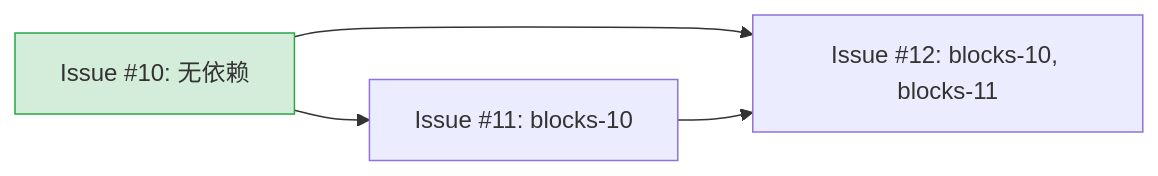
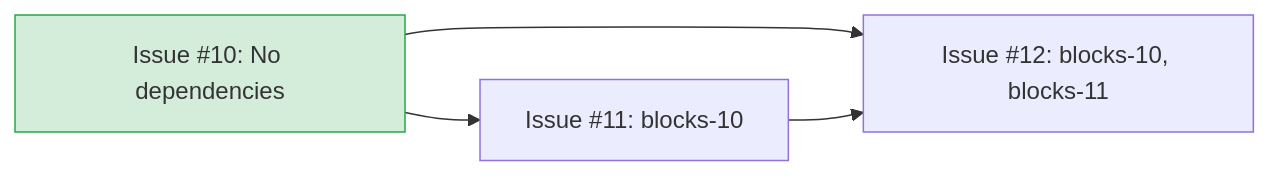
One commit to easyhaloo/afk changed the third of 9 diagrams in docs/WORKFLOWS.md. Above: the diagram before and after it, drawn with Mermaid. The commit also changed other lines of this file, not shown here.

````diff
--- a/docs/WORKFLOWS.md
+++ b/docs/WORKFLOWS.md
@@ -117,9 +117,9 @@
 ```mermaid
 graph LR
-    N10["Issue #10: 无依赖"] --> N11["Issue #11: blocks-10"]
+    N10["Issue #10: No dependencies"] --> N11["Issue #11: blocks-10"]
     N10 --> N12["Issue #12: blocks-10, blocks-11"]
     N11 --> N12
 
     classDef root fill:#d4edda,stroke:#28a745
     class N10 root
 ```
````
